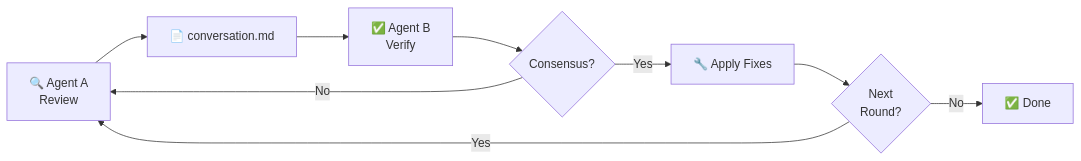
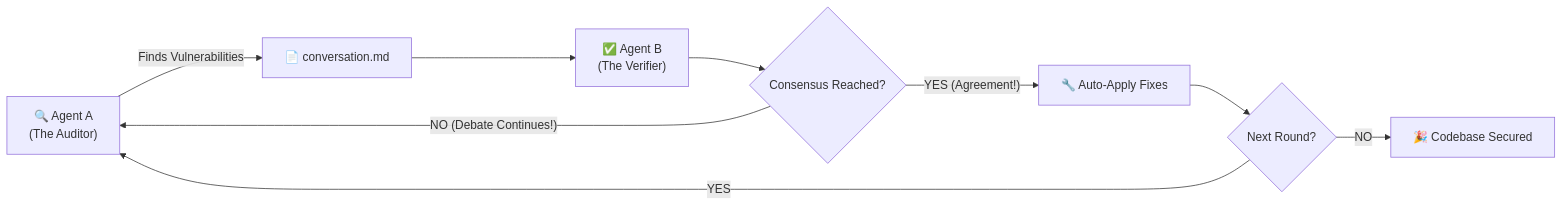
Before and after one commit to cloveric/mdtalk: the diagram in README.md, drawn with Mermaid. The commit also changed other lines of this file, not shown here.

````diff
--- a/README.md
+++ b/README.md
@@ -81,11 +90,11 @@
 ```mermaid
 flowchart LR
-    A["🔍 Agent A\nReview"] --> C["📄 conversation.md"]
-    C --> B["✅ Agent B\nVerify"]
-    B --> D{"Consensus?"}
-    D -- No --> A
-    D -- Yes --> F["🔧 Apply Fixes"]
-    F --> R{"Next\nRound?"}
-    R -- Yes --> A
-    R -- No --> Done["✅ Done"]
+    A["🔍 Agent A\n(The Auditor)"] -->|Finds Vulnerabilities| C["📄 conversation.md"]
+    C --> B["✅ Agent B\n(The Verifier)"]
+    B --> D{"Consensus Reached?"}
+    D -- "NO (Debate Continues!)" --> A
+    D -- "YES (Agreement!)" --> F["🔧 Auto-Apply Fixes"]
+    F --> R{"Next Round?"}
+    R -- YES --> A
+    R -- NO --> Done["🎉 Codebase Secured"]
 ```
````
